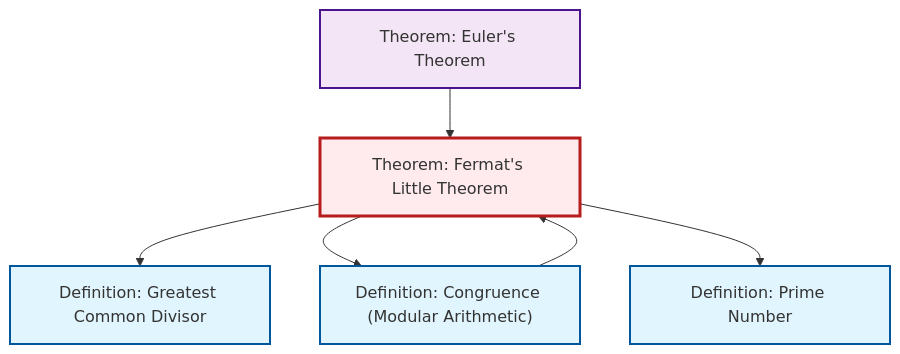
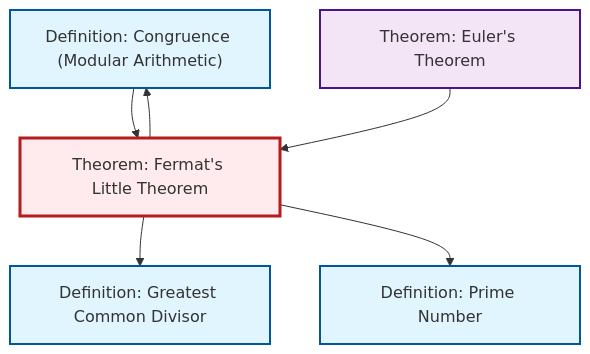
The diagram in content/en/number-theory/thm-fermat-little.qmd (RK0429/ModernMath), drawn with Mermaid before and after one commit. The commit also changed other lines of this file and 497 other files, not shown here.

````diff
--- a/content/en/number-theory/thm-fermat-little.qmd
+++ b/content/en/number-theory/thm-fermat-little.qmd
@@ -88,24 +89,24 @@
 ```{mermaid}
 %%| fig-cap: "Local dependency graph"
 graph TD
     classDef definition fill:#e1f5fe,stroke:#01579b,stroke-width:2px
     classDef theorem fill:#f3e5f5,stroke:#4a148c,stroke-width:2px
     classDef axiom fill:#fff3e0,stroke:#e65100,stroke-width:2px
     classDef example fill:#e8f5e9,stroke:#1b5e20,stroke-width:2px
     classDef current fill:#ffebee,stroke:#b71c1c,stroke-width:3px
-    thm-fermat-little["Theorem: Fermat's Little Theorem"]:::theorem
-    thm-euler["Theorem: Euler's Theorem"]:::theorem
-    def-congruence["Definition: Congruence (Modular Arithmetic)"]:::definition
     def-prime["Definition: Prime Number"]:::definition
     def-gcd["Definition: Greatest Common Divisor"]:::definition
+    def-congruence["Definition: Congruence (Modular Arithmetic)"]:::definition
+    thm-euler["Theorem: Euler's Theorem"]:::theorem
+    thm-fermat-little["Theorem: Fermat's Little Theorem"]:::theorem
     def-congruence --> thm-fermat-little
     thm-fermat-little --> def-gcd
+    thm-fermat-little --> def-prime
     thm-fermat-little --> def-congruence
     thm-euler --> thm-fermat-little
-    thm-fermat-little --> def-prime
     class thm-fermat-little current
-    click thm-euler "thm-euler.html" "Go to Euler's Theorem theorem"
-    click def-congruence "def-congruence.html" "Go to Congruence (Modular Arithmetic) definition"
     click def-prime "def-prime.html" "Go to Prime Number definition"
     click def-gcd "def-gcd.html" "Go to Greatest Common Divisor definition"
+    click def-congruence "def-congruence.html" "Go to Congruence (Modular Arithmetic) definition"
+    click thm-euler "thm-euler.html" "Go to Euler's Theorem theorem"
 ```
````
